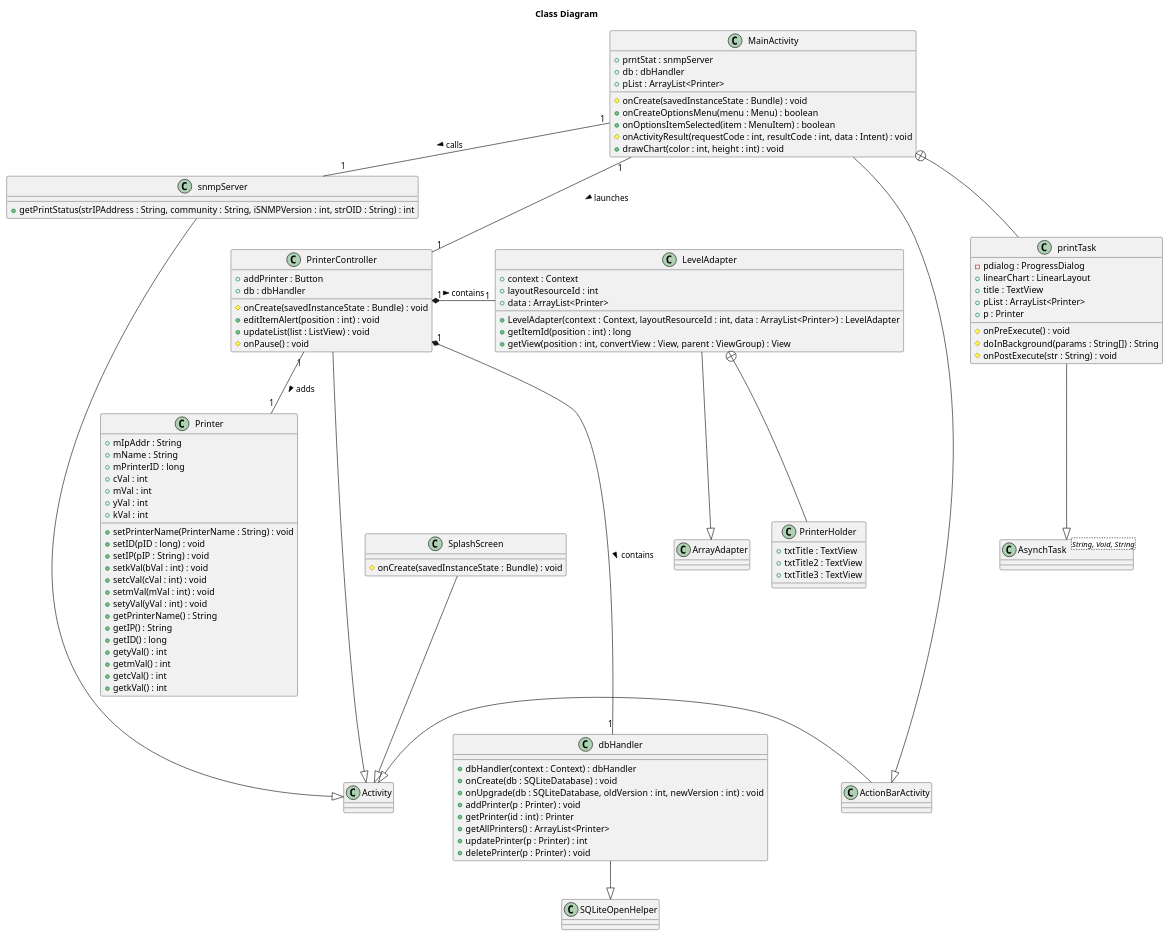
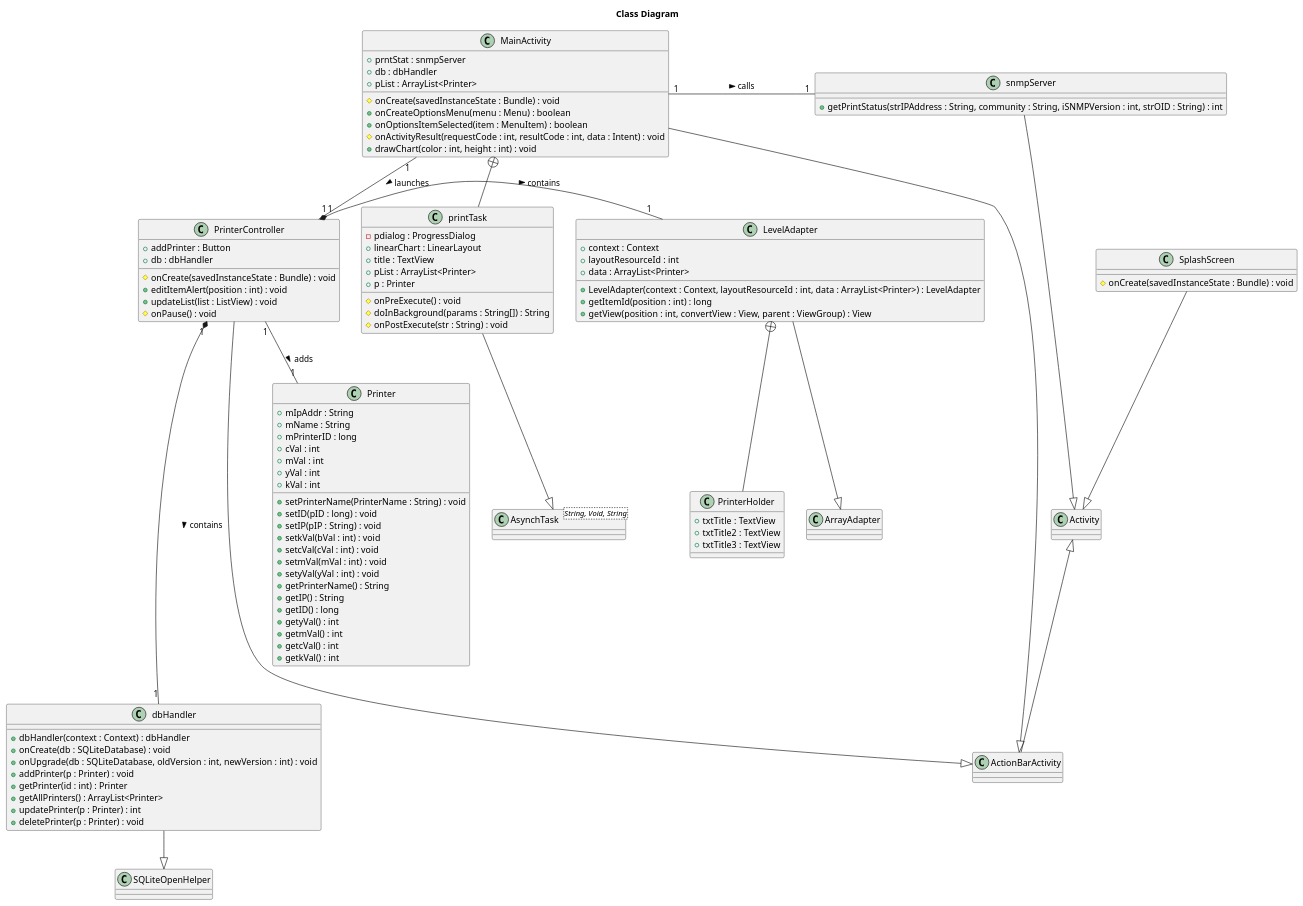
One commit to phillipjf/SNMPrint changed the diagram in app/UML/DesignClassDiagram/ClassDiagram.puml. Above: the diagram before and after it, drawn with PlantUML.

```diff
--- a/app/UML/DesignClassDiagram/ClassDiagram.puml
+++ b/app/UML/DesignClassDiagram/ClassDiagram.puml
@@ -1,108 +1,108 @@
 @startuml
 title Class Diagram
 
 class Activity
 class ActionBarActivity
 class SplashScreen
 class MainActivity
 class PrinterController
 class snmpServer
 class Printer
 class dbHandler
 class SQLiteOpenHelper
 class LevelAdapter
 class printTask
 class AsynchTask<String, Void, String>
 class PrinterHolder
 
 Activity <|- ActionBarActivity
 MainActivity --|> ActionBarActivity
 MainActivity +-- printTask
 printTask --|> AsynchTask
 SplashScreen --|> Activity
-PrinterController ---|> Activity
+PrinterController ---|> ActionBarActivity
 snmpServer ---|> Activity
 dbHandler --|> SQLiteOpenHelper
 LevelAdapter --|> ArrayAdapter
 LevelAdapter +-- PrinterHolder
 
 SplashScreen : #onCreate(savedInstanceState : Bundle) : void
 
 MainActivity : +prntStat : snmpServer
 MainActivity : +db : dbHandler
 MainActivity : +pList : ArrayList<Printer>
 MainActivity : #onCreate(savedInstanceState : Bundle) : void
 MainActivity : +onCreateOptionsMenu(menu : Menu) : boolean
 MainActivity : +onOptionsItemSelected(item : MenuItem) : boolean
 MainActivity : #onActivityResult(requestCode : int, resultCode : int, data : Intent) : void
 MainActivity : +drawChart(color : int, height : int) : void
 
 printTask : -pdialog : ProgressDialog
 printTask : +linearChart : LinearLayout
 printTask : +title : TextView
 printTask : +pList : ArrayList<Printer>
 printTask : +p : Printer
 printTask : #onPreExecute() : void
 printTask : #doInBackground(params : String[]) : String
 printTask : #onPostExecute(str : String) : void
 
 PrinterController : +addPrinter : Button
 PrinterController : +db : dbHandler
 PrinterController : #onCreate(savedInstanceState : Bundle) : void
 PrinterController : +editItemAlert(position : int) : void
 PrinterController : +updateList(list : ListView) : void
 PrinterController : #onPause() : void
 
 snmpServer : +getPrintStatus(strIPAddress : String, community : String, iSNMPVersion : int, strOID : String) : int
 
 Printer : +mIpAddr : String
 Printer : +mName : String
 Printer : +mPrinterID : long
 Printer : +cVal : int
 Printer : +mVal : int
 Printer : +yVal : int
 Printer : +kVal : int
 Printer : +setPrinterName(PrinterName : String) : void
 Printer : +setID(pID : long) : void
 Printer : +setIP(pIP : String) : void
 Printer : +setkVal(bVal : int) : void
 Printer : +setcVal(cVal : int) : void
 Printer : +setmVal(mVal : int) : void
 Printer : +setyVal(yVal : int) : void
 Printer : +getPrinterName() : String
 Printer : +getIP() : String
 Printer : +getID() : long
 Printer : +getyVal() : int
 Printer : +getmVal() : int
 Printer : +getcVal() : int
 Printer : +getkVal() : int
 
 
 dbHandler : + dbHandler(context : Context) : dbHandler
 dbHandler : + onCreate(db : SQLiteDatabase) : void
 dbHandler : + onUpgrade(db : SQLiteDatabase, oldVersion : int, newVersion : int) : void
 dbHandler : + addPrinter(p : Printer) : void
 dbHandler : + getPrinter(id : int) : Printer
 dbHandler : + getAllPrinters() : ArrayList<Printer>
 dbHandler : + updatePrinter(p : Printer) : int
 dbHandler : + deletePrinter(p : Printer) : void
 
 LevelAdapter : +context : Context
 LevelAdapter : +layoutResourceId : int
 LevelAdapter : +data : ArrayList<Printer>
 LevelAdapter : +LevelAdapter(context : Context, layoutResourceId : int, data : ArrayList<Printer>) : LevelAdapter
 LevelAdapter : +getItemId(position : int) : long
 LevelAdapter : +getView(position : int, convertView : View, parent : ViewGroup) : View
 
 PrinterHolder : +txtTitle : TextView
 PrinterHolder : +txtTitle2 : TextView
 PrinterHolder : +txtTitle3 : TextView
 
 MainActivity "1" -- "1" PrinterController : launches >
 MainActivity "1" - "1" snmpServer : calls >
 
 PrinterController "1" -- "1" Printer : adds >
 PrinterController"1" *--- "1"dbHandler : contains >
 PrinterController"1" *- "1"LevelAdapter : contains >
 
 @enduml
```
